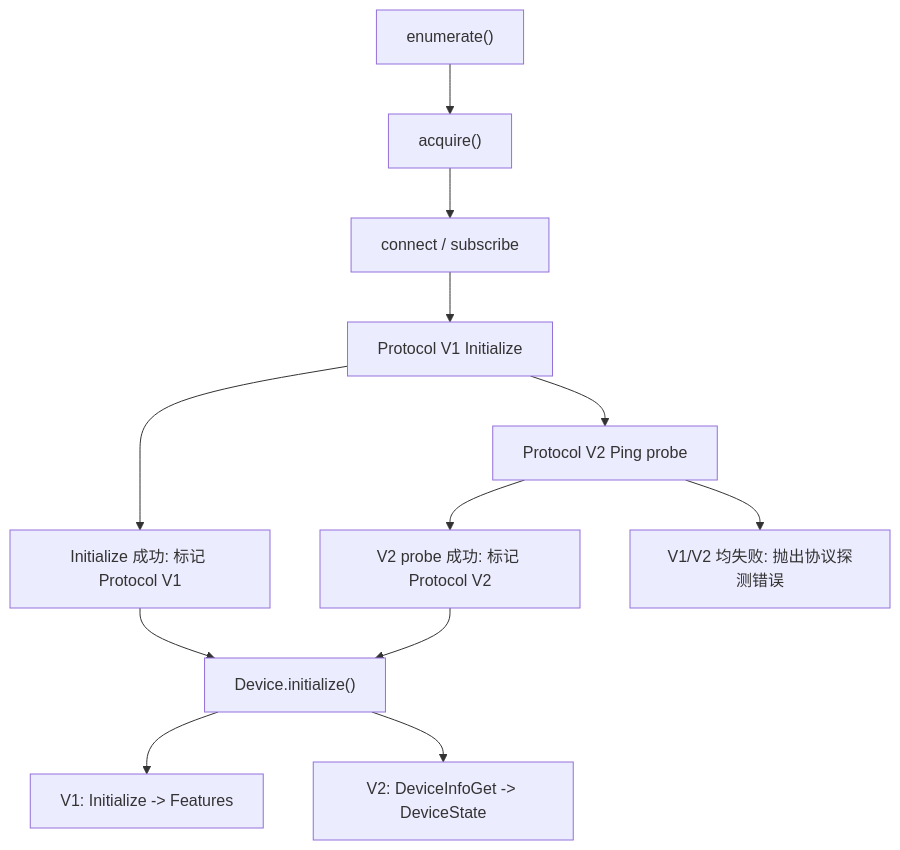
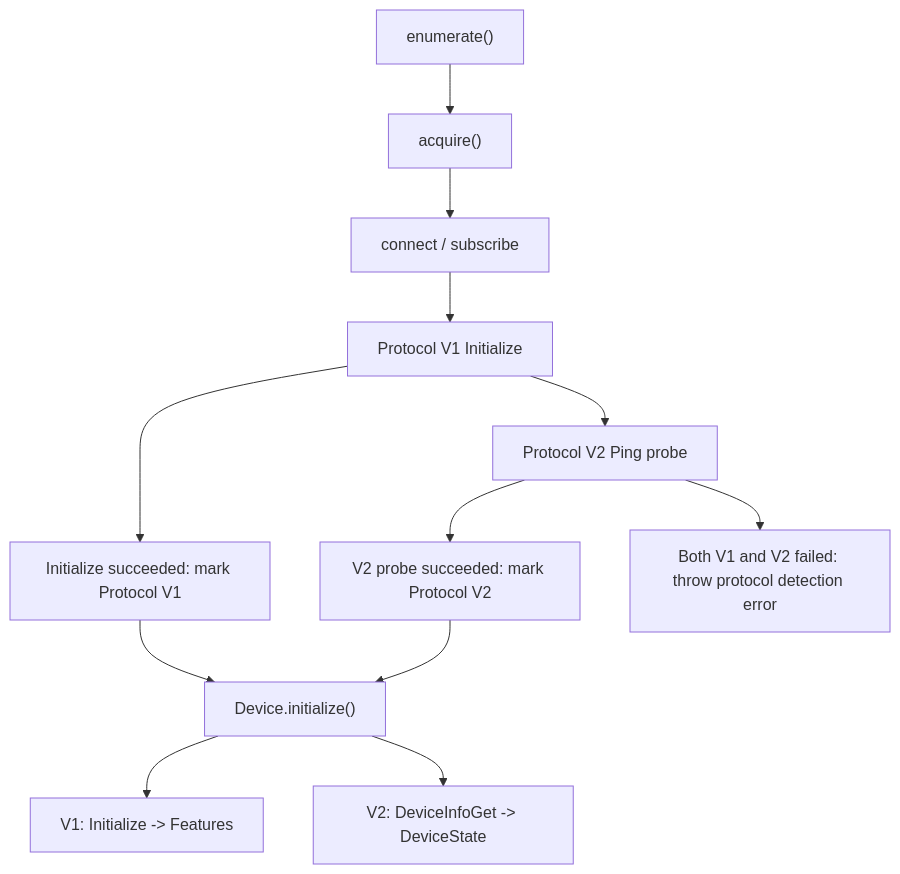
Before and after one commit to OneKeyHQ/hardware-js-sdk: the second of 3 diagrams in docs/architecture/overview.md, drawn with Mermaid. The commit also changed other lines of this file and 13 other files, not shown here.

````diff
--- a/docs/architecture/overview.md
+++ b/docs/architecture/overview.md
@@ -102,22 +102,22 @@
 ```mermaid
 flowchart TD
   Enumerate["enumerate()"]
   Acquire["acquire()"]
   Connect["connect / subscribe"]
   ProbeV1["Protocol V1 Initialize"]
-  V1["Initialize 成功: 标记 Protocol V1"]
+  V1["Initialize succeeded: mark Protocol V1"]
   ProbeV2["Protocol V2 Ping probe"]
-  V2["V2 probe 成功: 标记 Protocol V2"]
-  DetectionError["V1/V2 均失败: 抛出协议探测错误"]
+  V2["V2 probe succeeded: mark Protocol V2"]
+  DetectionError["Both V1 and V2 failed: throw protocol detection error"]
   Init["Device.initialize()"]
   InitV1["V1: Initialize -> Features"]
   InitV2["V2: DeviceInfoGet -> DeviceState"]
 
   Enumerate --> Acquire --> Connect --> ProbeV1
   ProbeV1 --> V1 --> Init
   ProbeV1 --> ProbeV2
   ProbeV2 --> V2 --> Init
   ProbeV2 --> DetectionError
   Init --> InitV1
   Init --> InitV2
 ```
````
